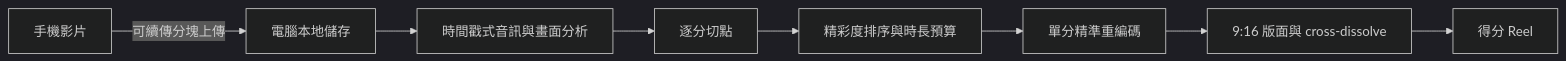
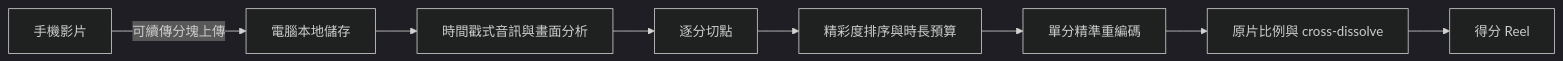
One commit to momonong/pingpong-auto-highlight changed the diagram in README.md. Above: the diagram before and after it, drawn with Mermaid (dark theme). The commit also changed other lines of this file and 14 other files, not shown here.

````diff
--- a/README.md
+++ b/README.md
@@ -45,10 +56,10 @@
 ```mermaid
 flowchart LR
     A["手機影片"] -->|"可續傳分塊上傳"| B["電腦本地儲存"]
     B --> C["時間戳式音訊與畫面分析"]
     C --> D["逐分切點"]
     D --> E["精彩度排序與時長預算"]
     E --> F["單分精準重編碼"]
-    F --> G["9:16 版面與 cross-dissolve"]
+    F --> G["原片比例與 cross-dissolve"]
     G --> H["得分 Reel"]
 ```
````
